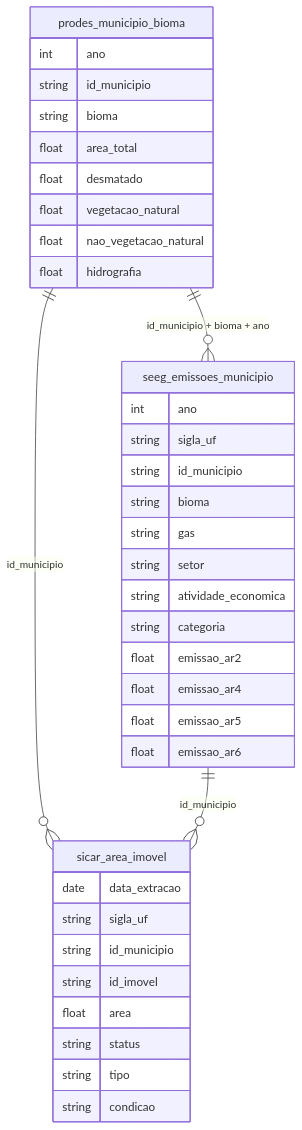
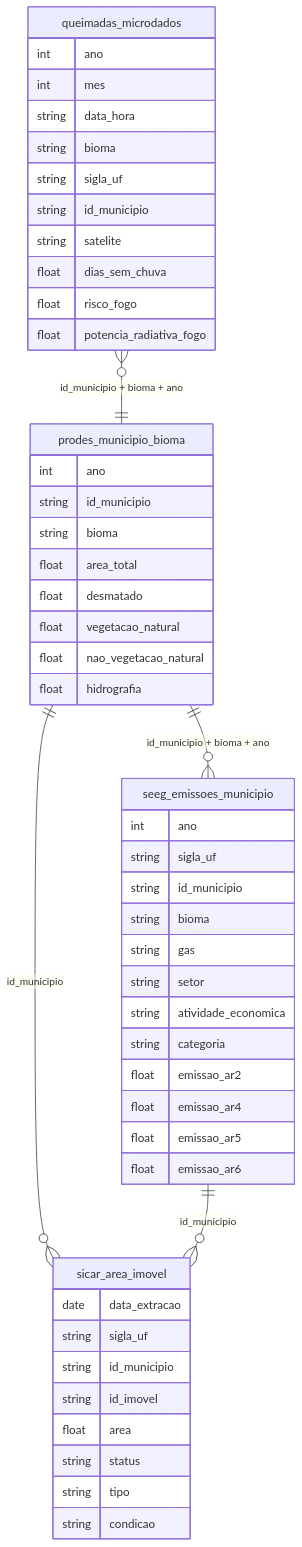
Before and after one commit to rafapolo/rodado: the diagram in docs/mapa/overview/22_clima_queimadas.md, drawn with Mermaid. The commit also changed other lines of this file and 135 other files, not shown here.

````diff
--- a/docs/mapa/overview/22_clima_queimadas.md
+++ b/docs/mapa/overview/22_clima_queimadas.md
@@ -2,40 +2,53 @@
 ```mermaid
 erDiagram
     prodes_municipio_bioma {
         int ano
         string id_municipio
         string bioma
         float area_total
         float desmatado
         float vegetacao_natural
         float nao_vegetacao_natural
         float hidrografia
     }
     seeg_emissoes_municipio {
         int ano
         string sigla_uf
         string id_municipio
         string bioma
         string gas
         string setor
         string atividade_economica
         string categoria
         float emissao_ar2
         float emissao_ar4
         float emissao_ar5
         float emissao_ar6
     }
     sicar_area_imovel {
         date data_extracao
         string sigla_uf
         string id_municipio
         string id_imovel
         float area
         string status
         string tipo
         string condicao
     }
+    queimadas_microdados {
+        int ano
+        int mes
+        string data_hora
+        string bioma
+        string sigla_uf
+        string id_municipio
+        string satelite
+        float dias_sem_chuva
+        float risco_fogo
+        float potencia_radiativa_fogo
+    }
     prodes_municipio_bioma ||--o{ seeg_emissoes_municipio : "id_municipio + bioma + ano"
     prodes_municipio_bioma ||--o{ sicar_area_imovel : "id_municipio"
     seeg_emissoes_municipio ||--o{ sicar_area_imovel : "id_municipio"
+    queimadas_microdados }o--|| prodes_municipio_bioma : "id_municipio + bioma + ano"
 ```
````
